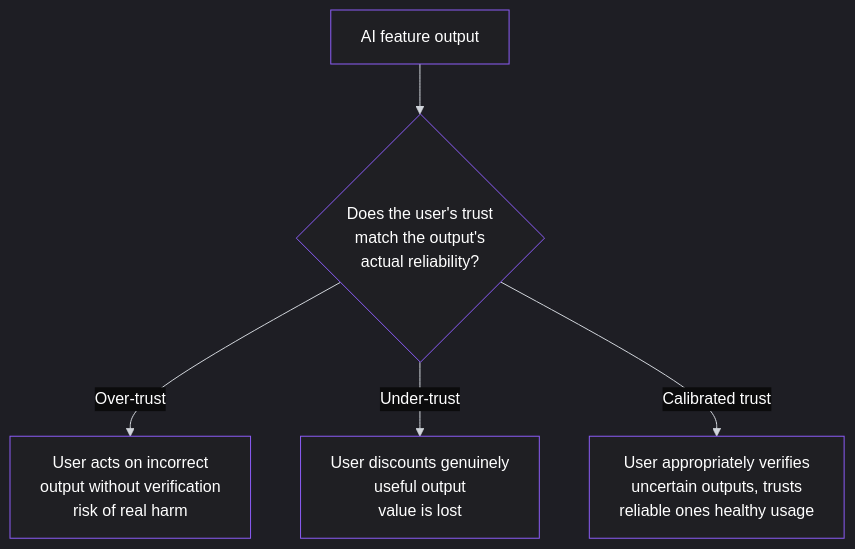
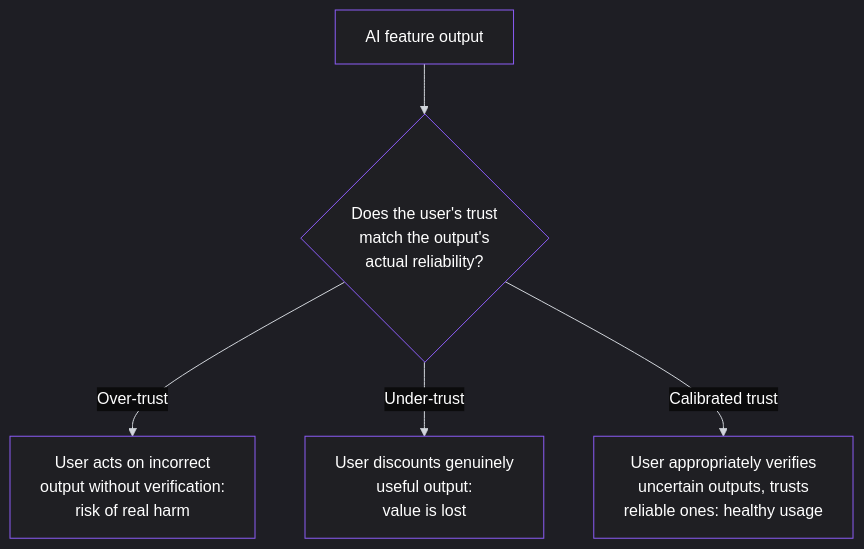
Before and after one commit to pmacademy-app/web: the second of 3 diagrams in content/lessons/lesson-058.md, drawn with Mermaid. The commit also changed other lines of this file and 275 other files, not shown here.

````diff
--- a/content/lessons/lesson-058.md
+++ b/content/lessons/lesson-058.md
@@ -93,37 +93,37 @@
 ```mermaid
 %%{init: {
   "theme": "dark",
   "themeVariables": {
     "background": "#0b0b0c",
     "primaryColor": "#1f1f23",
     "primaryTextColor": "#ffffff",
     "primaryBorderColor": "#8b5cf6",
     "lineColor": "#d1d5db",
     "secondaryColor": "#18181b",
     "tertiaryColor": "#111111",
     "mainBkg": "#1f1f23",
     "nodeBorder": "#8b5cf6",
     "clusterBkg": "#000000",
     "clusterBorder": "#27272a",
     "titleColor": "#ffffff",
     "edgeLabelBackground": "#0b0b0c",
     "nodeTextColor": "#ffffff",
     "edgeLabelColor": "#ffffff",
     "actorBorder": "#8b5cf6",
     "actorBkg": "#1f1f23",
     "actorTextColor": "#ffffff",
     "sequenceNumberColor": "#ffffff",
     "signalColor": "#8b5cf6",
     "signalTextColor": "#ffffff",
     "textColor": "#ffffff",
     "classText": "#ffffff",
     "classBorder": "#8b5cf6",
     "classBkg": "#1f1f23"
   }
 }}%%
 graph TD
     A[AI feature output] --> B{Does the user's trust<br/>match the output's<br/>actual reliability?}
-    B -->|Over-trust| C[User acts on incorrect<br/>output without verification <br/>risk of real harm]
-    B -->|Under-trust| D[User discounts genuinely<br/>useful output <br/>value is lost]
-    B -->|Calibrated trust| E[User appropriately verifies<br/>uncertain outputs, trusts<br/>reliable ones healthy usage]
+    B -->|Over-trust| C[User acts on incorrect<br/>output without verification:<br/>risk of real harm]
+    B -->|Under-trust| D[User discounts genuinely<br/>useful output:<br/>value is lost]
+    B -->|Calibrated trust| E[User appropriately verifies<br/>uncertain outputs, trusts<br/>reliable ones: healthy usage]
 ```
````
